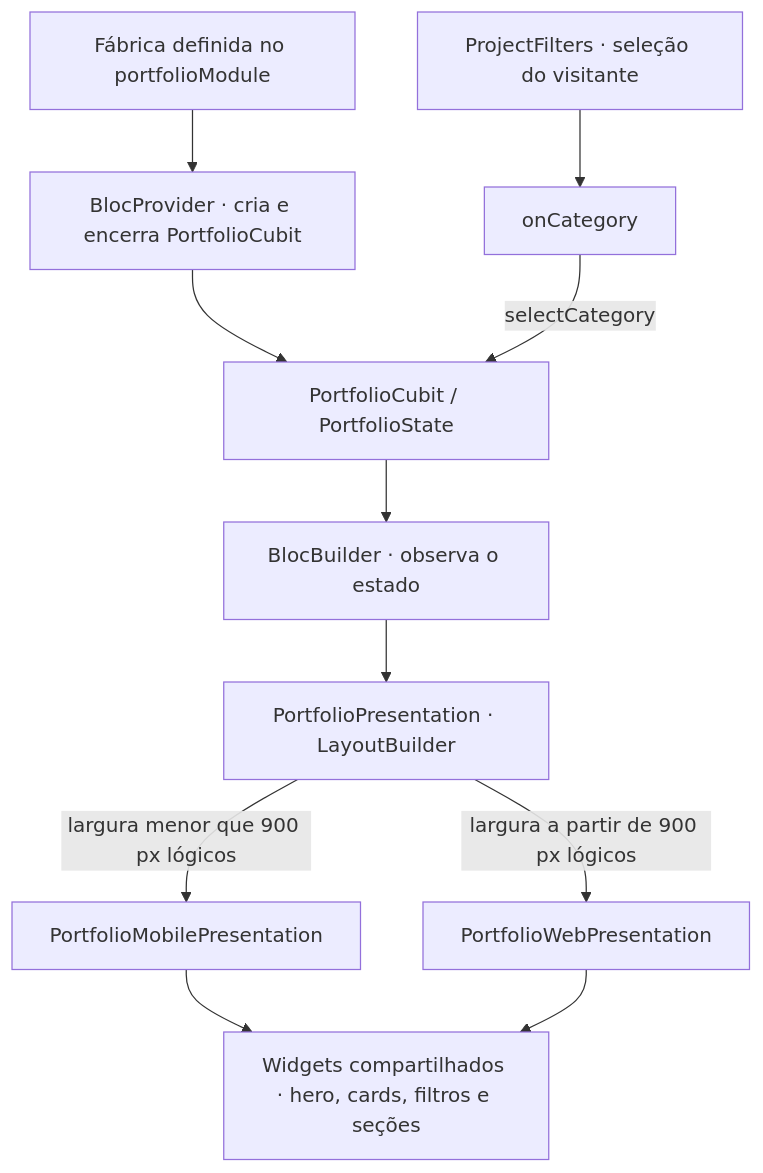
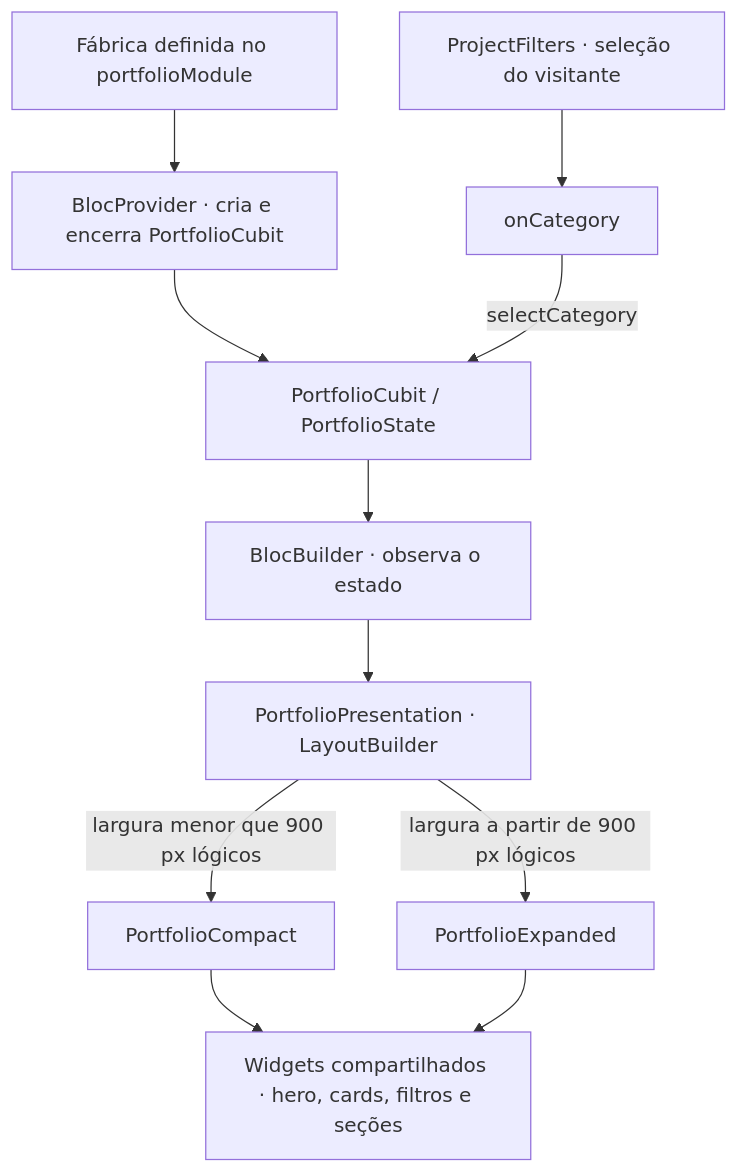
The second of 2 diagrams in README.md (felippe-flutter-dev/my_portifolio), drawn with Mermaid before and after one commit. The commit also changed other lines of this file and 26 other files, not shown here.

````diff
--- a/README.md
+++ b/README.md
@@ -81,13 +107,13 @@
 ```mermaid
 flowchart TD
     FACTORY["Fábrica definida no portfolioModule"] --> PROVIDER["BlocProvider · cria e encerra PortfolioCubit"]
     PROVIDER --> CUBIT["PortfolioCubit / PortfolioState"]
     CUBIT --> BUILDER["BlocBuilder · observa o estado"]
     BUILDER --> LAYOUT["PortfolioPresentation · LayoutBuilder"]
-    LAYOUT -->|"largura menor que 900 px lógicos"| MOBILE["PortfolioMobilePresentation"]
-    LAYOUT -->|"largura a partir de 900 px lógicos"| WEB["PortfolioWebPresentation"]
+    LAYOUT -->|"largura menor que 900 px lógicos"| MOBILE["PortfolioCompact"]
+    LAYOUT -->|"largura a partir de 900 px lógicos"| WEB["PortfolioExpanded"]
     MOBILE --> SHARED["Widgets compartilhados · hero, cards, filtros e seções"]
     WEB --> SHARED
     FILTER["ProjectFilters · seleção do visitante"] --> CALLBACK["onCategory"]
     CALLBACK -->|"selectCategory"| CUBIT
 ```
````
